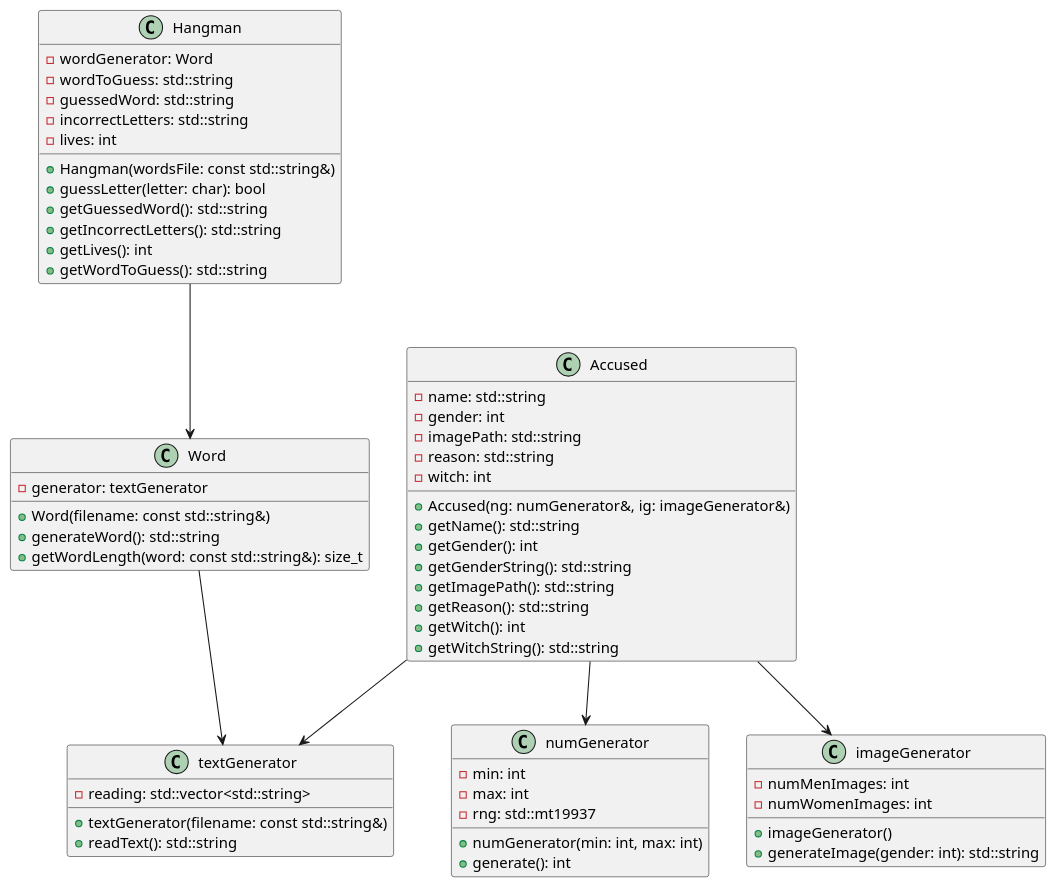
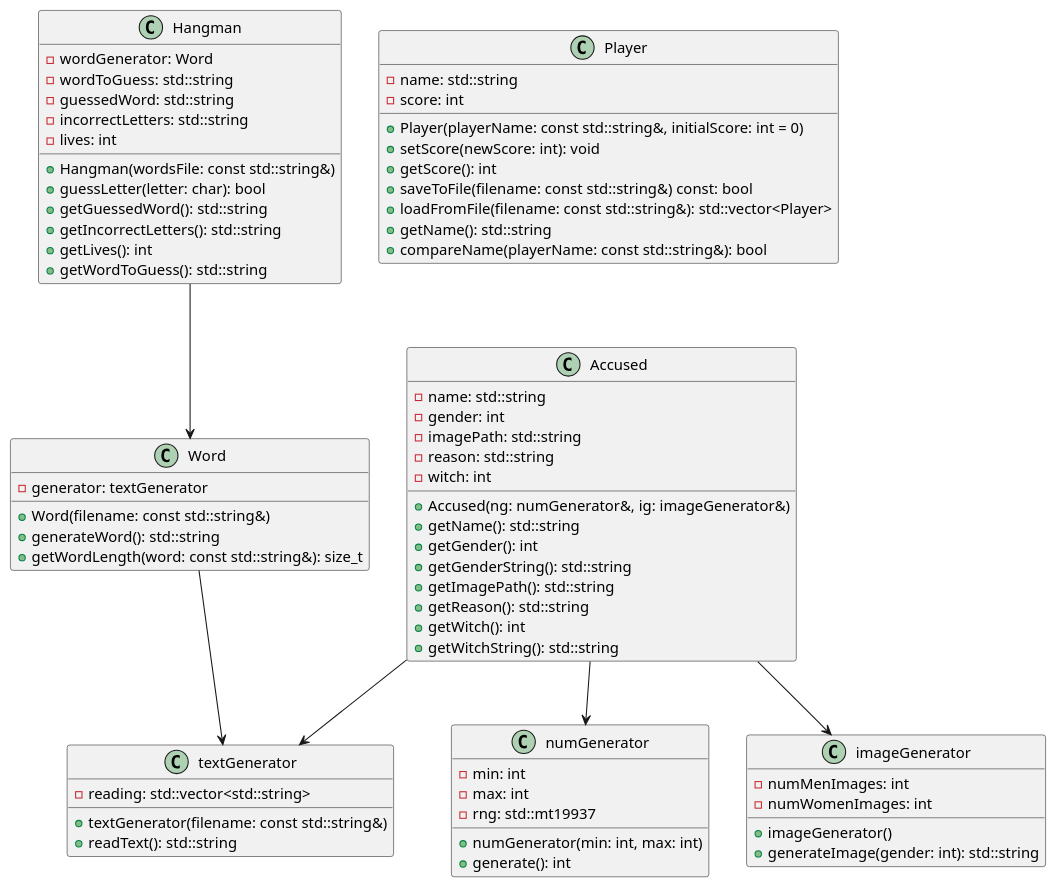
Before and after one commit to JuanJassito/witcher: the diagram in docs/uml.puml, drawn with PlantUML. The commit also changed 11 other files, not shown here.

```diff
--- a/docs/uml.puml
+++ b/docs/uml.puml
@@ -1,74 +1,87 @@
 @startuml hanging
 
 class Accused {
     - name: std::string
     - gender: int
     - imagePath: std::string
     - reason: std::string
     - witch: int
 
     + Accused(ng: numGenerator&, ig: imageGenerator&)
     + getName(): std::string
     + getGender(): int
     + getGenderString(): std::string
     + getImagePath(): std::string
     + getReason(): std::string
     + getWitch(): int
     + getWitchString(): std::string
 }
 
 class textGenerator {
     - reading: std::vector<std::string>
     
     + textGenerator(filename: const std::string&)
     + readText(): std::string
 }
 
 class numGenerator {
     - min: int
     - max: int
     - rng: std::mt19937
     
     + numGenerator(min: int, max: int)
     + generate(): int
 }
 
 class imageGenerator {
     - numMenImages: int
     - numWomenImages: int
     
     + imageGenerator()
     + generateImage(gender: int): std::string
 }
 
 class Hangman {
     - wordGenerator: Word
     - wordToGuess: std::string
     - guessedWord: std::string
     - incorrectLetters: std::string
     - lives: int
     
     + Hangman(wordsFile: const std::string&)
     + guessLetter(letter: char): bool
     + getGuessedWord(): std::string
     + getIncorrectLetters(): std::string
     + getLives(): int
     + getWordToGuess(): std::string
 }
 
 class Word {
     - generator: textGenerator
     
     + Word(filename: const std::string&)
     + generateWord(): std::string
     + getWordLength(word: const std::string&): size_t
 }
 
+class Player {
+    - name: std::string
+    - score: int
+    
+    + Player(playerName: const std::string&, initialScore: int = 0)
+    + setScore(newScore: int): void
+    + getScore(): int
+    + saveToFile(filename: const std::string&) const: bool
+    + loadFromFile(filename: const std::string&): std::vector<Player>
+    + getName(): std::string
+    + compareName(playerName: const std::string&): bool
+}
+
 Word --> textGenerator
 Hangman --> Word
 Accused --> textGenerator
 Accused --> imageGenerator
 Accused --> numGenerator
 
 
 @enduml
```
